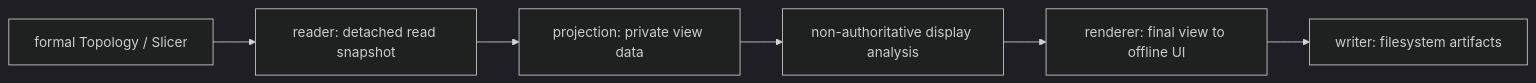
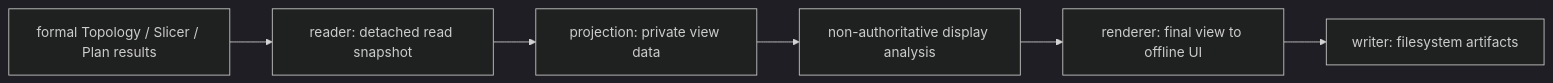
The first of 2 diagrams in skyseed_v2/tools/README.md (seed-labs/skyseed), drawn with Mermaid (dark theme) before and after one commit. The commit also changed other lines of this file and 64 other files, not shown here.

````diff
--- a/skyseed_v2/tools/README.md
+++ b/skyseed_v2/tools/README.md
@@ -10,8 +10,8 @@
 ```mermaid
 flowchart LR
-    FORMAL["formal Topology / Slicer"] --> READ["reader: detached read snapshot"]
+    FORMAL["formal Topology / Slicer / Plan results"] --> READ["reader: detached read snapshot"]
     READ --> PROJECT["projection: private view data"]
     PROJECT --> ANALYZE["non-authoritative display analysis"]
     ANALYZE --> UI["renderer: final view to offline UI"]
     UI --> WRITE["writer: filesystem artifacts"]
 ```
````
